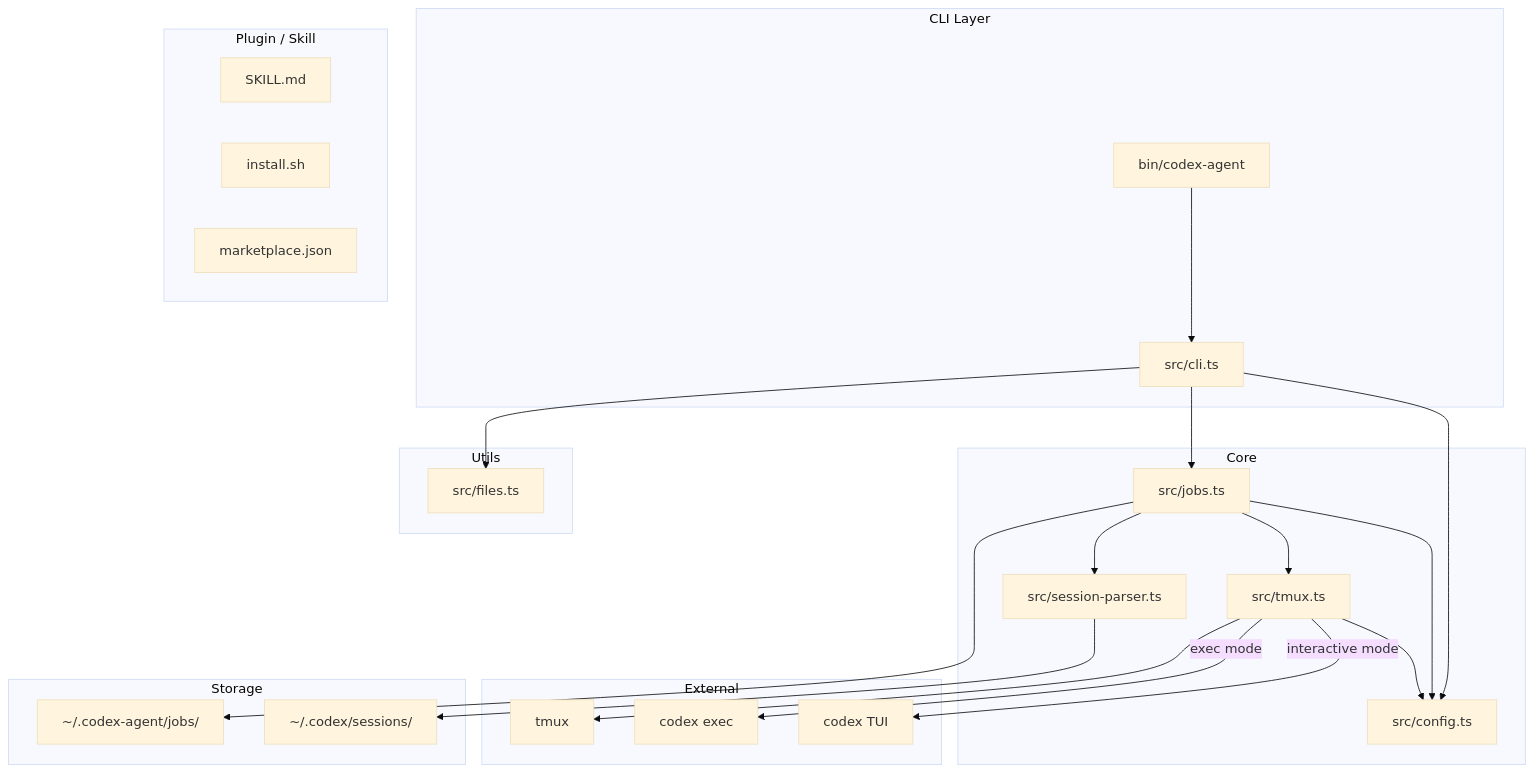
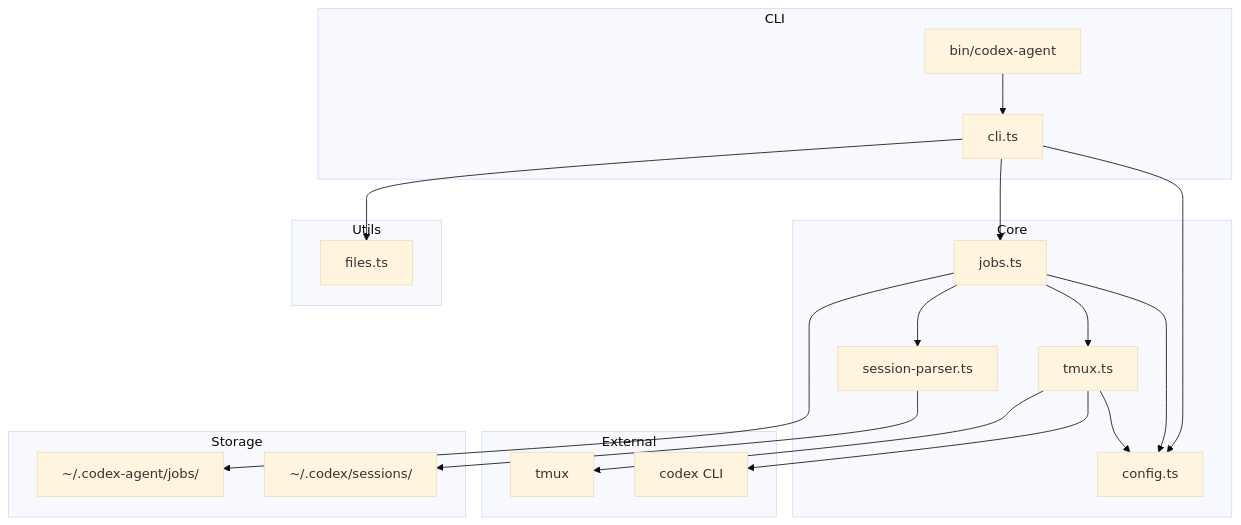
The first of 4 diagrams in docs/CODEBASE_MAP.md (yelban/codex-orchestrator), drawn with Mermaid (base theme) before and after one commit. The commit also changed 2 other files, not shown here.

Commit message:
Add changelog and update README with dual-mode documentation

````diff
--- a/docs/CODEBASE_MAP.md
+++ b/docs/CODEBASE_MAP.md
@@ -15,44 +15,37 @@
 ```mermaid
 graph TB
-    subgraph CLI["CLI Layer"]
+    subgraph CLI
         BIN[bin/codex-agent]
-        CLI_TS[src/cli.ts]
+        CLI_TS[cli.ts]
     end
-    subgraph Core["Core"]
-        JOBS[src/jobs.ts]
-        TMUX[src/tmux.ts]
-        CONFIG[src/config.ts]
-        PARSER[src/session-parser.ts]
+    subgraph Core
+        JOBS[jobs.ts]
+        TMUX[tmux.ts]
+        CONFIG[config.ts]
+        PARSER[session-parser.ts]
     end
-    subgraph Utils["Utils"]
-        FILES[src/files.ts]
+    subgraph Utils
+        FILES[files.ts]
     end
-    subgraph External["External"]
+    subgraph External
         TMUX_BIN[tmux]
-        CODEX_EXEC["codex exec"]
-        CODEX_TUI["codex TUI"]
+        CODEX[codex CLI]
     end
-    subgraph Storage["Storage"]
-        JOBS_DIR["~/.codex-agent/jobs/"]
-        CODEX_SESSIONS["~/.codex/sessions/"]
-    end
-    subgraph Plugin["Plugin / Skill"]
-        SKILL[SKILL.md]
-        INSTALL[install.sh]
-        MARKETPLACE[marketplace.json]
+    subgraph Storage
+        JOBS_DIR[~/.codex-agent/jobs/]
+        SESSIONS[~/.codex/sessions/]
     end
 
     BIN --> CLI_TS
     CLI_TS --> JOBS
     CLI_TS --> FILES
     CLI_TS --> CONFIG
     JOBS --> TMUX
     JOBS --> CONFIG
     JOBS --> PARSER
     TMUX --> CONFIG
     TMUX --> TMUX_BIN
-    TMUX -->|exec mode| CODEX_EXEC
-    TMUX -->|interactive mode| CODEX_TUI
+    TMUX --> CODEX
     JOBS --> JOBS_DIR
-    PARSER --> CODEX_SESSIONS
+    PARSER --> SESSIONS
 ```
````
